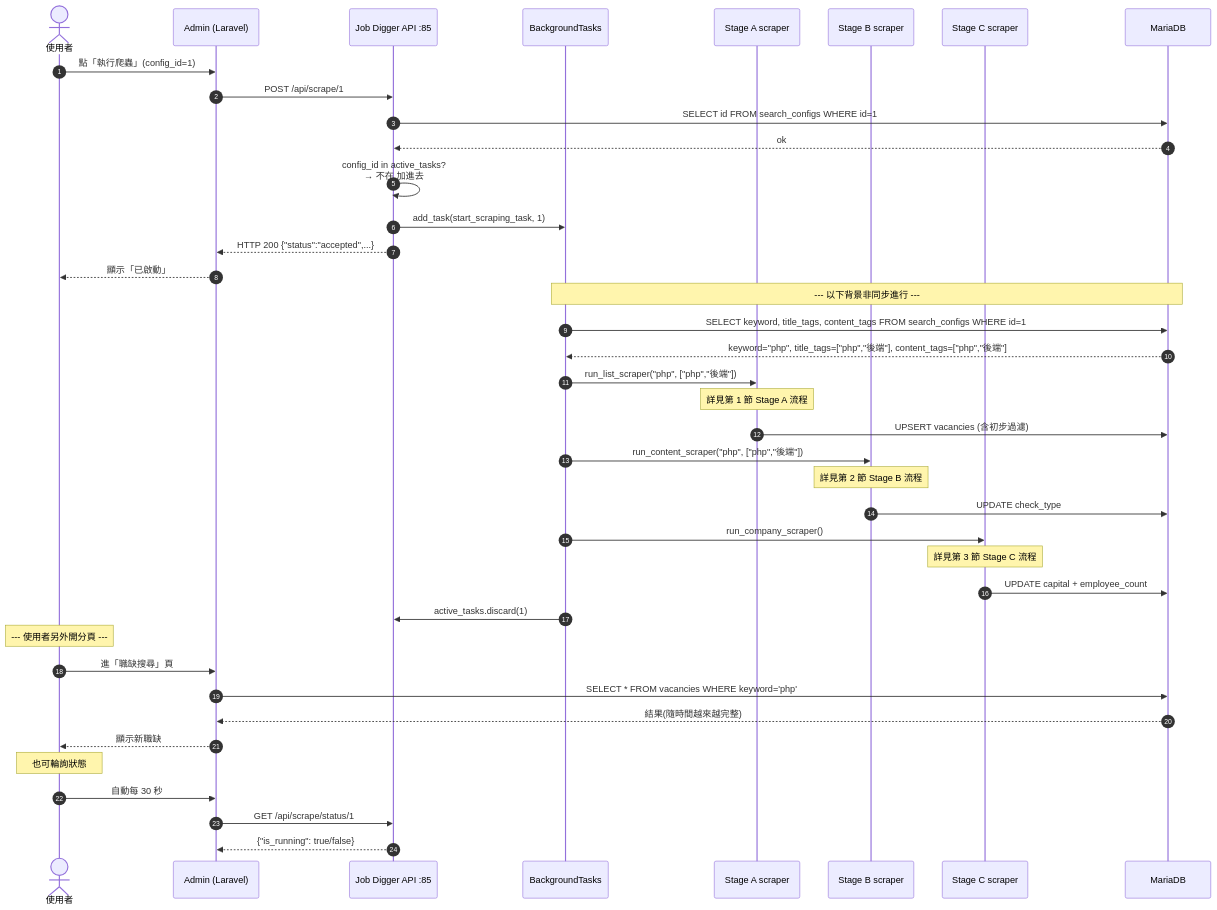
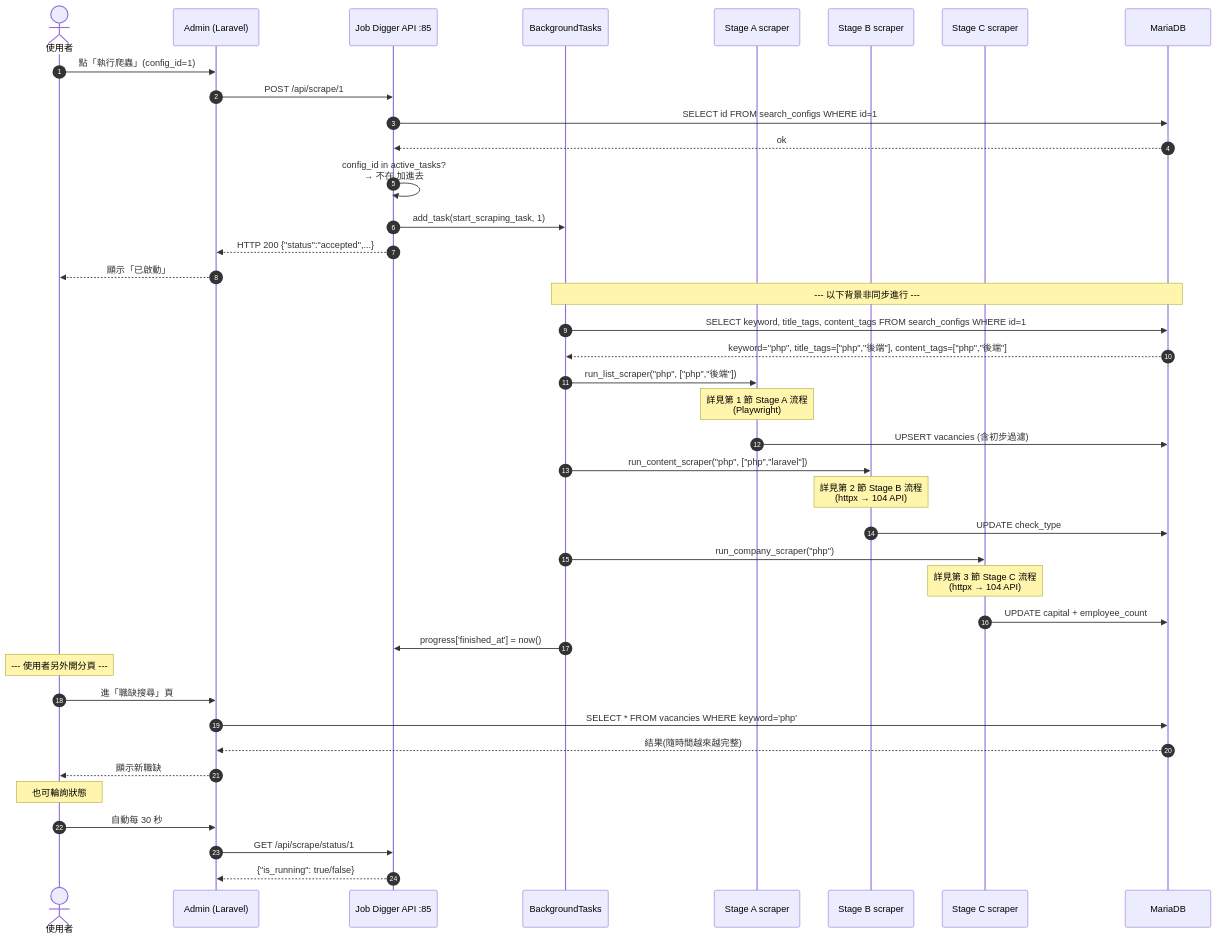
One commit to jacky0996/job_digger changed the fourth of 5 diagrams in docs/sequence-diagrams.md. Above: the diagram before and after it, drawn with Mermaid. The commit also changed other lines of this file and 14 other files, not shown here.

````diff
--- a/docs/sequence-diagrams.md
+++ b/docs/sequence-diagrams.md
@@ -162,51 +199,51 @@
 ```mermaid
 sequenceDiagram
     autonumber
     actor U as 使用者
     participant Adm as Admin (Laravel)
     participant API as Job Digger API :85
     participant Bg as BackgroundTasks
     participant SA as Stage A scraper
     participant SB as Stage B scraper
     participant SC as Stage C scraper
     participant DB as MariaDB
 
     U->>Adm: 點「執行爬蟲」(config_id=1)
     Adm->>API: POST /api/scrape/1
     API->>DB: SELECT id FROM search_configs WHERE id=1
     DB-->>API: ok
     API->>API: config_id in active_tasks?<br/>→ 不在,加進去
     API->>Bg: add_task(start_scraping_task, 1)
     API-->>Adm: HTTP 200 {"status":"accepted",...}
     Adm-->>U: 顯示「已啟動」
 
     Note over Bg,DB: --- 以下背景非同步進行 ---
 
     Bg->>DB: SELECT keyword, title_tags, content_tags FROM search_configs WHERE id=1
     DB-->>Bg: keyword="php", title_tags=["php","後端"], content_tags=["php","後端"]
 
     Bg->>SA: run_list_scraper("php", ["php","後端"])
-    Note over SA: 詳見第 1 節 Stage A 流程
+    Note over SA: 詳見第 1 節 Stage A 流程<br/>(Playwright)
     SA->>DB: UPSERT vacancies (含初步過濾)
 
-    Bg->>SB: run_content_scraper("php", ["php","後端"])
-    Note over SB: 詳見第 2 節 Stage B 流程
+    Bg->>SB: run_content_scraper("php", ["php","laravel"])
+    Note over SB: 詳見第 2 節 Stage B 流程<br/>(httpx → 104 API)
     SB->>DB: UPDATE check_type
 
-    Bg->>SC: run_company_scraper()
-    Note over SC: 詳見第 3 節 Stage C 流程
+    Bg->>SC: run_company_scraper("php")
+    Note over SC: 詳見第 3 節 Stage C 流程<br/>(httpx → 104 API)
     SC->>DB: UPDATE capital + employee_count
 
-    Bg->>API: active_tasks.discard(1)
+    Bg->>API: progress['finished_at'] = now()
 
     Note over U: --- 使用者另外開分頁 ---
     U->>Adm: 進「職缺搜尋」頁
     Adm->>DB: SELECT * FROM vacancies WHERE keyword='php'
     DB-->>Adm: 結果(隨時間越來越完整)
     Adm-->>U: 顯示新職缺
 
     Note over U: 也可輪詢狀態
     U->>Adm: 自動每 30 秒
     Adm->>API: GET /api/scrape/status/1
     API-->>Adm: {"is_running": true/false}
 ```
````
